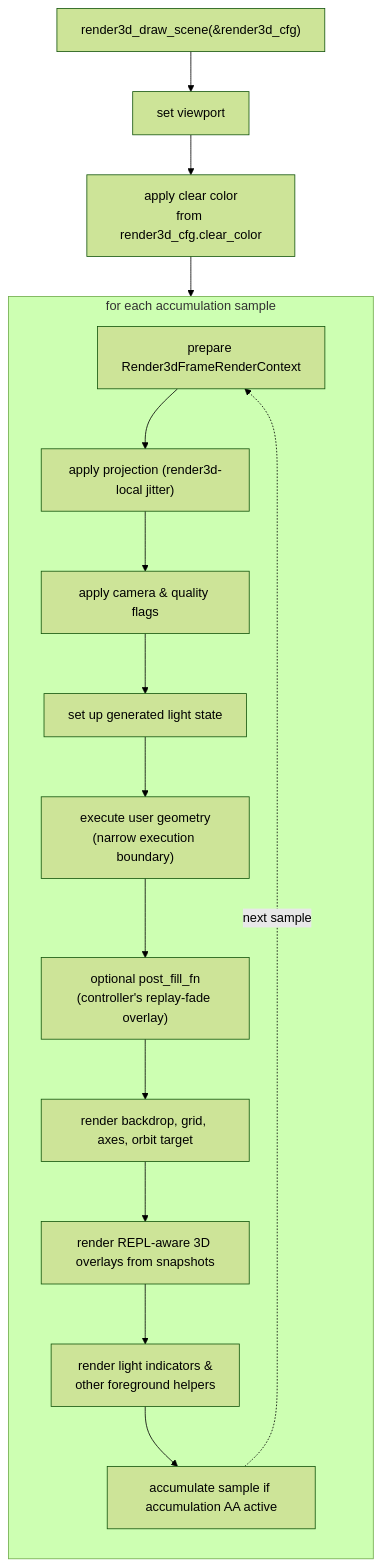
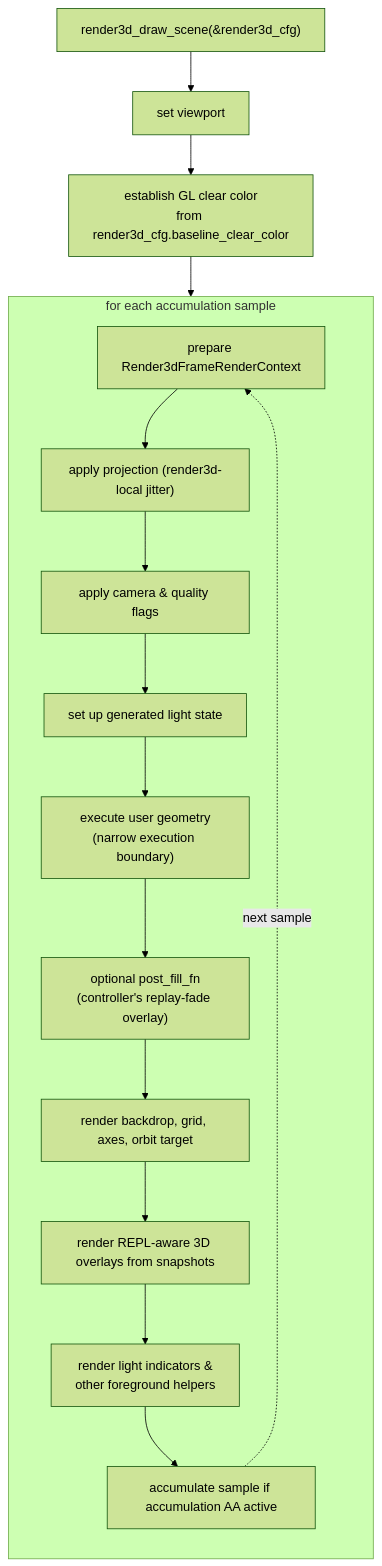
Before and after one commit to drewwoods/gl-repl: the second of 2 diagrams in docs/ARCHITECTURE.md, drawn with Mermaid (forest theme). The commit also changed other lines of this file and 15 other files, not shown here.

````diff
--- a/docs/ARCHITECTURE.md
+++ b/docs/ARCHITECTURE.md
@@ -214,20 +214,20 @@
 ```mermaid
 flowchart TD
     entry["render3d_draw_scene(&render3d_cfg)"] --> vp["set viewport"]
-    vp --> clear["apply clear color<br/>from render3d_cfg.clear_color"]
+    vp --> clear["establish GL clear color<br/>from render3d_cfg.baseline_clear_color"]
     clear --> p1
 
     subgraph loop["for each accumulation sample"]
         direction TB
         p1["prepare Render3dFrameRenderContext"] --> p2["apply projection (render3d-local jitter)"]
         p2 --> p3["apply camera & quality flags"]
         p3 --> p4["set up generated light state"]
         p4 --> p5["execute user geometry<br/>(narrow execution boundary)"]
         p5 --> p6["optional post_fill_fn<br/>(controller's replay-fade overlay)"]
         p6 --> p7["render backdrop, grid, axes, orbit target"]
         p7 --> p8["render REPL-aware 3D overlays from snapshots"]
         p8 --> p9["render light indicators &<br/>other foreground helpers"]
         p9 --> p10["accumulate sample if accumulation AA active"]
     end
     p10 -.->|next sample| p1
 ```
````
